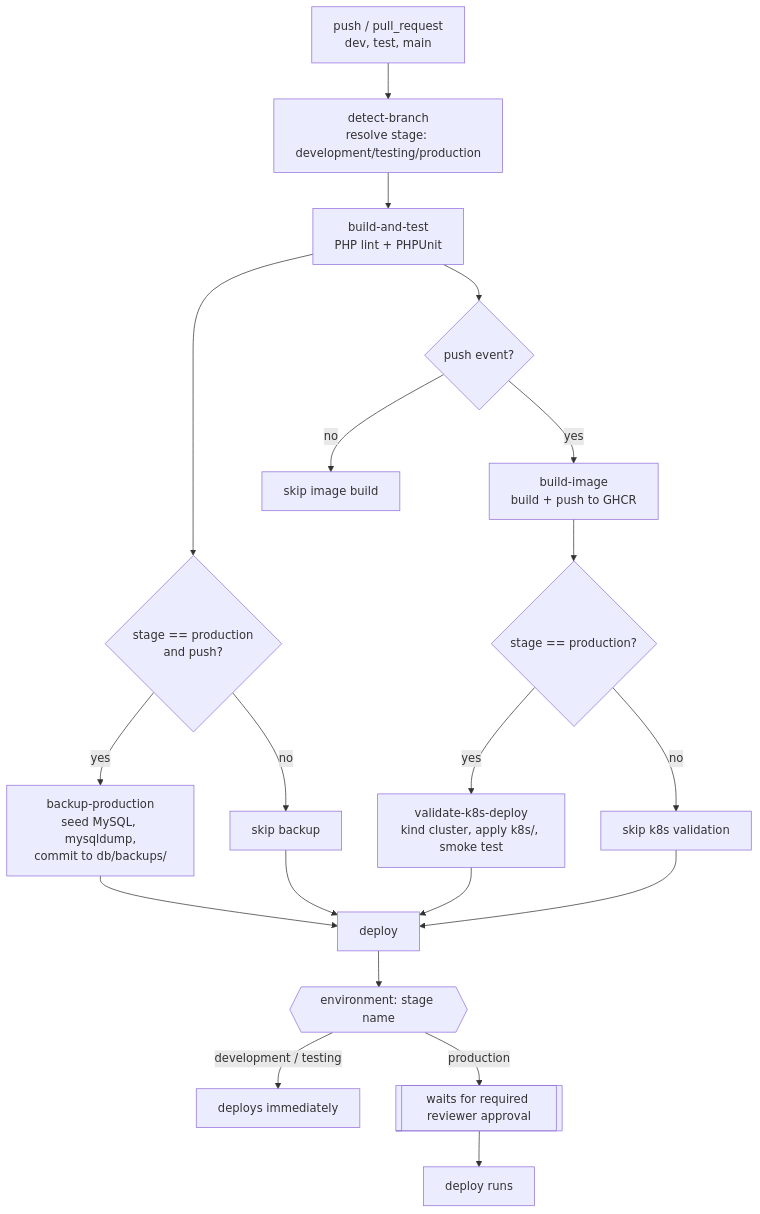
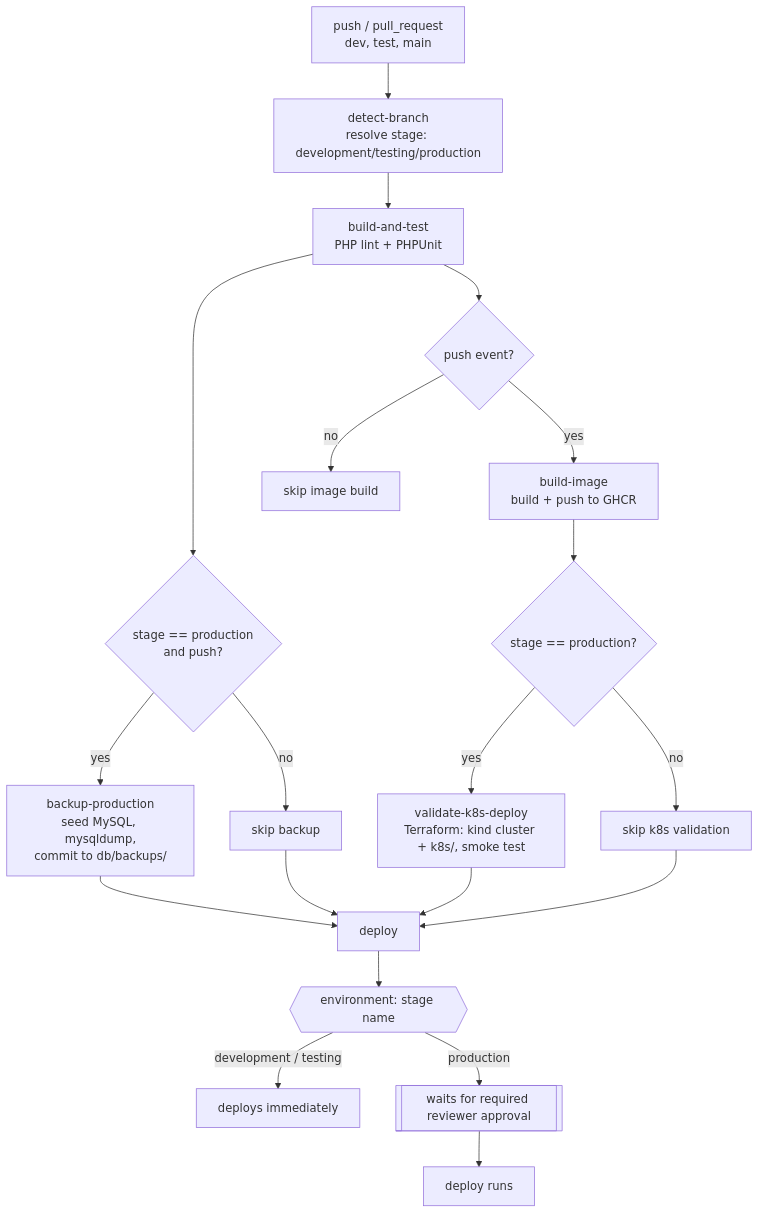
Before and after one commit to rizwanreaz/cicd-approval-demo: the diagram in README.md, drawn with Mermaid. The commit also changed other lines of this file and 13 other files, not shown here.

First line of the commit message:
Provision the validation cluster and app with Terraform in the pipeline

````diff
--- a/README.md
+++ b/README.md
@@ -9,22 +9,22 @@
 ```mermaid
 flowchart TD
     A[push / pull_request<br/>dev, test, main] --> B[detect-branch<br/>resolve stage: development/testing/production]
     B --> C[build-and-test<br/>PHP lint + PHPUnit]
     C --> D{stage == production<br/>and push?}
     D -- yes --> E[backup-production<br/>seed MySQL, mysqldump,<br/>commit to db/backups/]
     D -- no --> F[skip backup]
     C --> P{push event?}
     P -- yes --> Q[build-image<br/>build + push to GHCR]
     P -- no --> R[skip image build]
     Q --> S{stage == production?}
-    S -- yes --> T[validate-k8s-deploy<br/>kind cluster, apply k8s/, smoke test]
+    S -- yes --> T[validate-k8s-deploy<br/>Terraform: kind cluster + k8s/, smoke test]
     S -- no --> U[skip k8s validation]
     E --> G[deploy]
     F --> G[deploy]
     T --> G[deploy]
     U --> G[deploy]
     G --> H{{environment: stage name}}
     H -- development / testing --> I[deploys immediately]
     H -- production --> J[[waits for required reviewer approval]]
     J --> K[deploy runs]
 ```
````
